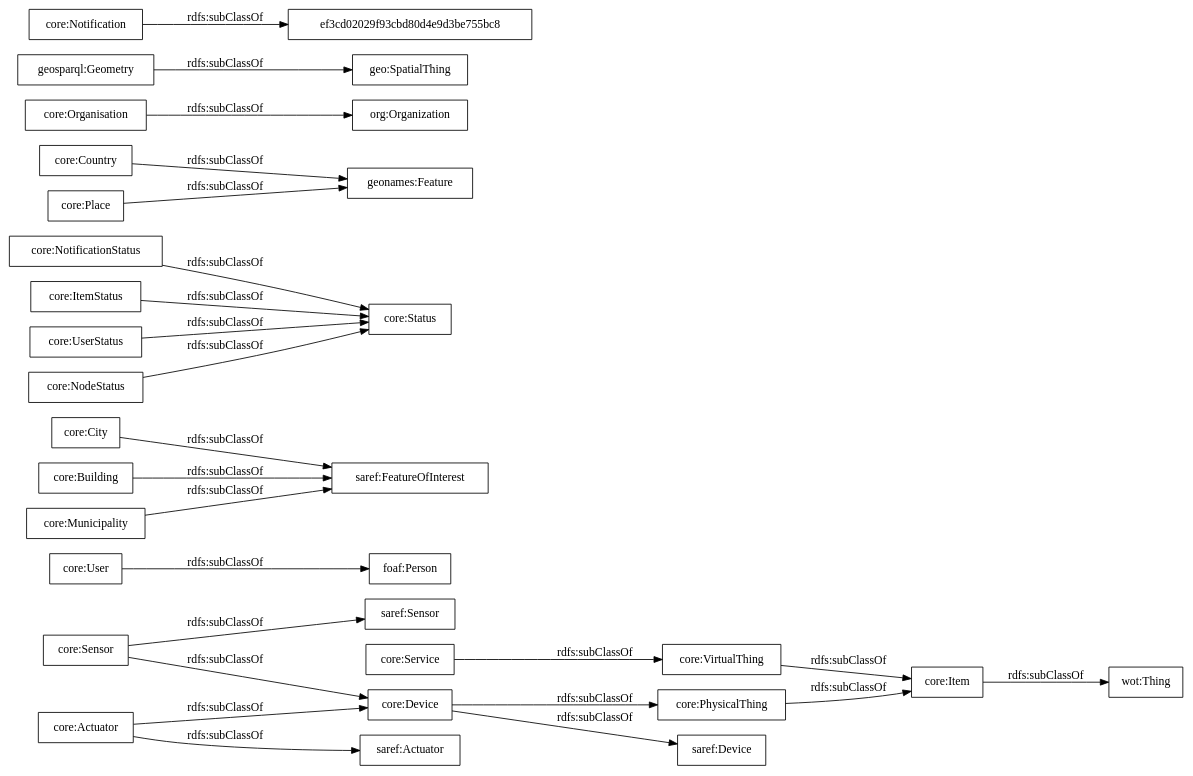
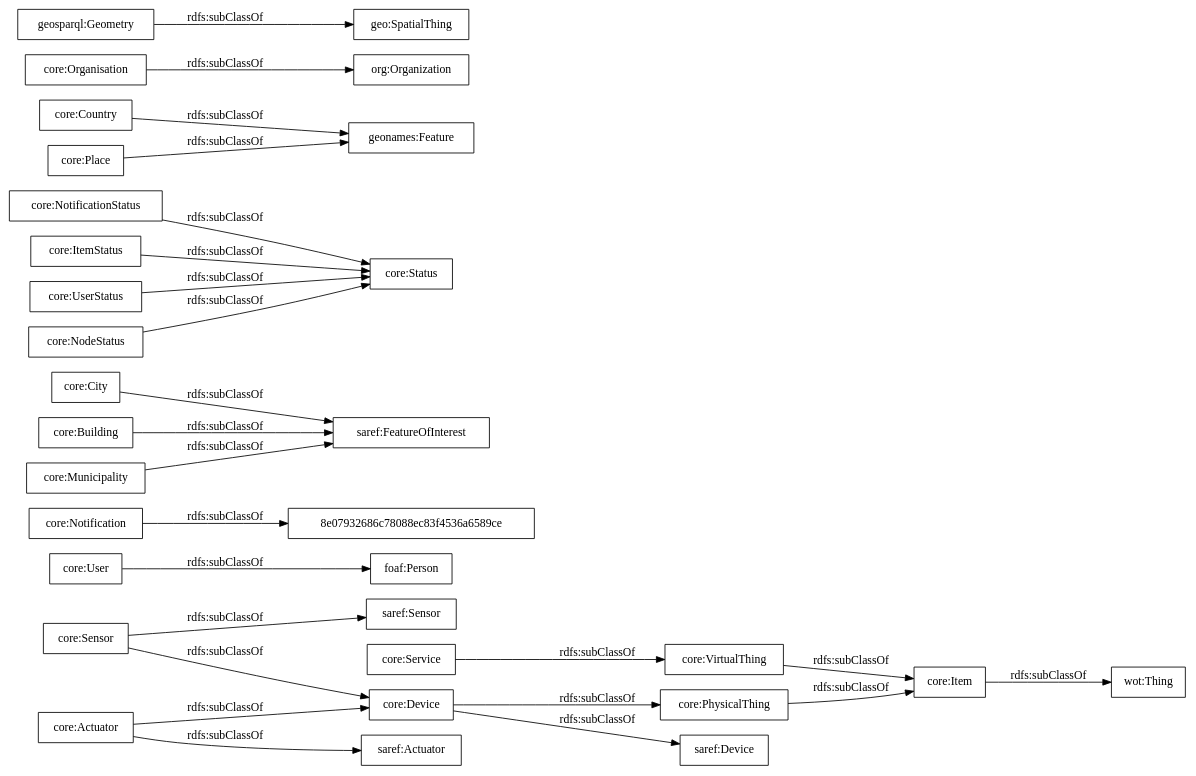
One commit to dbujan/auroral-core-ontology-v2 changed the diagram in OnToology/ontology/auroral-core.ttl/diagrams/ar2dtool-taxonomy/auroral-core.ttl.png.dot. Above: the diagram before and after it, drawn with Graphviz. The commit also changed 5 other files, not shown here.

```diff
--- a/OnToology/ontology/auroral-core.ttl/diagrams/ar2dtool-taxonomy/auroral-core.ttl.png.dot
+++ b/OnToology/ontology/auroral-core.ttl/diagrams/ar2dtool-taxonomy/auroral-core.ttl.png.dot
@@ -1,29 +1,29 @@
 digraph ar2dtool_diagram { 
 rankdir=LR;
 size="1000"
-node [shape = rectangle, color="black"]; "wot:Thing" "saref:Actuator" "core:User" "saref:Device" "core:City" "core:NotificationStatus" "geonames:Feature" "core:Status" "core:Service" "core:Device" "core:Sensor" "core:Actuator" "core:Organisation" "foaf:Person" "core:Building" "org:Organization" "core:Country" "core:Item" "geosparql:Geometry" "core:Place" "core:Notification" "core:ItemStatus" "geo:SpatialThing" "core:PhysicalThing" "core:UserStatus" "core:NodeStatus" "core:Municipality" "core:VirtualThing" "saref:FeatureOfInterest" "ef3cd02029f93cbd80d4e9d3be755bc8" "saref:Sensor" ; /*classes style*/
+node [shape = rectangle, color="black"]; "wot:Thing" "saref:Actuator" "core:User" "8e07932686c78088ec83f4536a6589ce" "saref:Device" "core:City" "core:NotificationStatus" "geonames:Feature" "core:Status" "core:Service" "core:Device" "core:Sensor" "core:Actuator" "core:Organisation" "foaf:Person" "core:Building" "org:Organization" "core:Country" "core:Item" "geosparql:Geometry" "core:Place" "core:Notification" "core:ItemStatus" "geo:SpatialThing" "core:PhysicalThing" "core:UserStatus" "core:NodeStatus" "core:Municipality" "core:VirtualThing" "saref:FeatureOfInterest" "saref:Sensor" ; /*classes style*/
 	"core:ItemStatus" -> "core:Status" [ label = "rdfs:subClassOf" ];
 	"core:Service" -> "core:VirtualThing" [ label = "rdfs:subClassOf" ];
 	"core:Country" -> "geonames:Feature" [ label = "rdfs:subClassOf" ];
 	"core:Organisation" -> "org:Organization" [ label = "rdfs:subClassOf" ];
 	"core:User" -> "foaf:Person" [ label = "rdfs:subClassOf" ];
 	"core:Building" -> "saref:FeatureOfInterest" [ label = "rdfs:subClassOf" ];
 	"core:PhysicalThing" -> "core:Item" [ label = "rdfs:subClassOf" ];
 	"core:Device" -> "saref:Device" [ label = "rdfs:subClassOf" ];
 	"core:Device" -> "core:PhysicalThing" [ label = "rdfs:subClassOf" ];
 	"core:Municipality" -> "saref:FeatureOfInterest" [ label = "rdfs:subClassOf" ];
 	"core:NodeStatus" -> "core:Status" [ label = "rdfs:subClassOf" ];
 	"core:UserStatus" -> "core:Status" [ label = "rdfs:subClassOf" ];
 	"core:Sensor" -> "saref:Sensor" [ label = "rdfs:subClassOf" ];
 	"core:Sensor" -> "core:Device" [ label = "rdfs:subClassOf" ];
 	"core:VirtualThing" -> "core:Item" [ label = "rdfs:subClassOf" ];
 	"core:Actuator" -> "saref:Actuator" [ label = "rdfs:subClassOf" ];
 	"core:Actuator" -> "core:Device" [ label = "rdfs:subClassOf" ];
 	"core:Item" -> "wot:Thing" [ label = "rdfs:subClassOf" ];
 	"core:Place" -> "geonames:Feature" [ label = "rdfs:subClassOf" ];
 	"geosparql:Geometry" -> "geo:SpatialThing" [ label = "rdfs:subClassOf" ];
-	"core:Notification" -> "ef3cd02029f93cbd80d4e9d3be755bc8" [ label = "rdfs:subClassOf" ];
+	"core:Notification" -> "8e07932686c78088ec83f4536a6589ce" [ label = "rdfs:subClassOf" ];
 	"core:NotificationStatus" -> "core:Status" [ label = "rdfs:subClassOf" ];
 	"core:City" -> "saref:FeatureOfInterest" [ label = "rdfs:subClassOf" ];
 
 }
```
